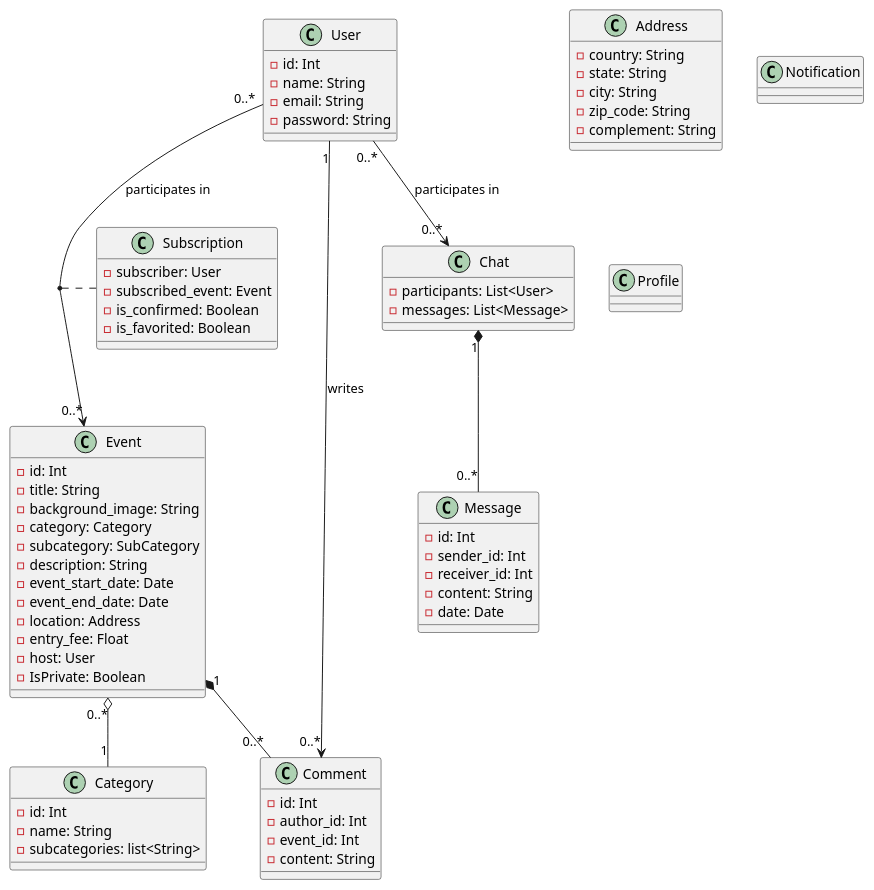
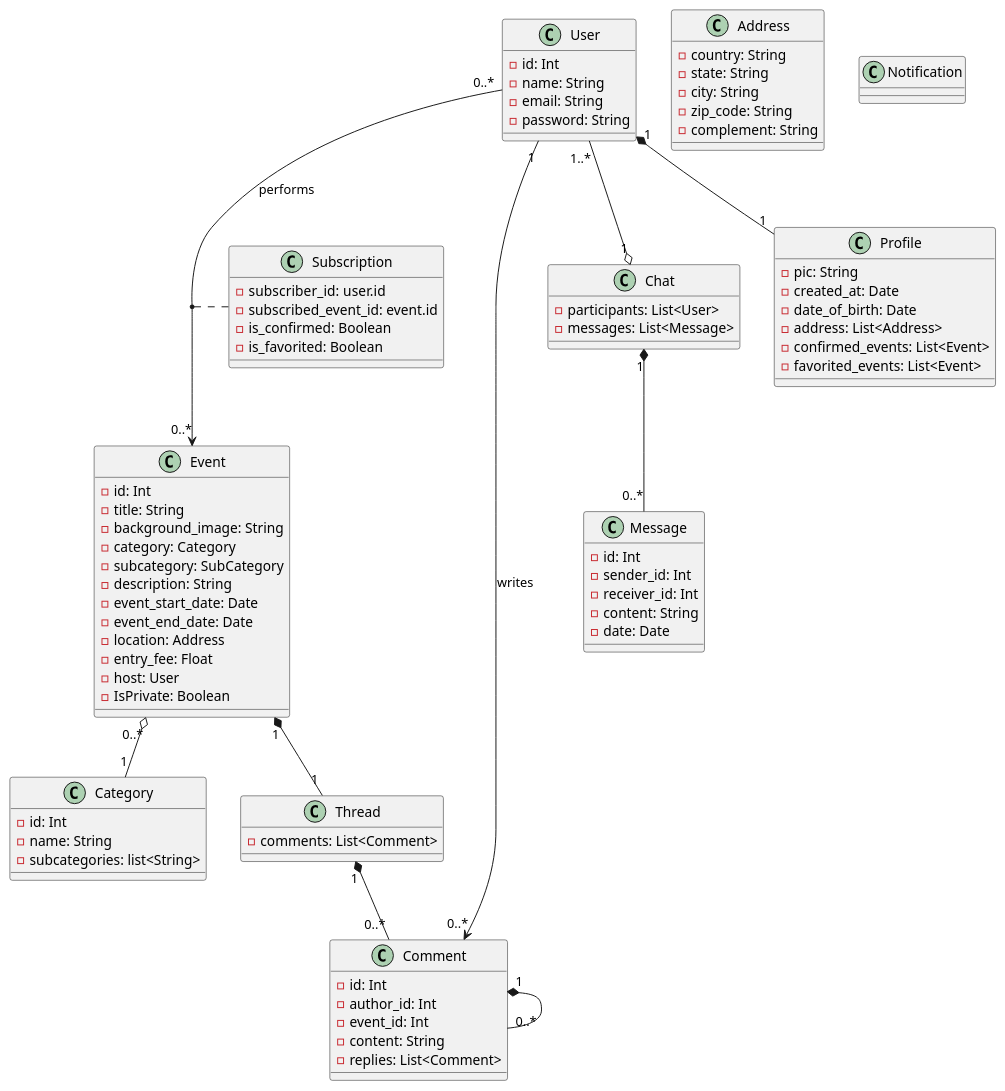
One commit to tiago001pessoa/EventHub-API changed the diagram in class-diagram.puml. Above: the diagram before and after it, drawn with PlantUML. The commit also changed 3 other files, not shown here.

```diff
--- a/class-diagram.puml
+++ b/class-diagram.puml
@@ -1,85 +1,99 @@
 @startuml
 
 class User {
     - id: Int
     - name: String
     - email: String
     - password: String
 }
 
 class Event {
     - id: Int
     - title: String
     - background_image: String
     - category: Category
     - subcategory: SubCategory
     - description: String
     - event_start_date: Date
     - event_end_date: Date
     - location: Address
     - entry_fee: Float
     - host: User
     - IsPrivate: Boolean
 }
 
 class Category {
     -id: Int
     -name: String
     -subcategories: list<String>
 }
 
 
 class Subscription {
-    -subscriber: User
-    -subscribed_event: Event
+    -subscriber_id: user.id
+    -subscribed_event_id: event.id
     -is_confirmed: Boolean
-    -is_favorited: Boolean
+    -is_favorited: Boolean 
 }
 
 class Message {
     -id: Int
     -sender_id: Int
     -receiver_id: Int
     -content: String   
     -date: Date
 }
 
+class Thread {
+    -comments: List<Comment>
+}
+
 class Comment {
     -id: Int
     -author_id: Int
     -event_id: Int
     -content: String
+    -replies: List<Comment>
 }
 
 class Address {
     - country: String
     - state: String
     - city: String
     - zip_code: String
     - complement: String
 }
 
-class Notification {
-
-}
-
-class Profile {
-
-}
-
 class Chat {
     -participants: List<User>
     -messages: List<Message>
 }
 
+class Profile {
+    -pic: String
+    -created_at: Date
+    -date_of_birth: Date
+    -address: List<Address>
+    -confirmed_events: List<Event>
+    -favorited_events: List<Event>
+}
+
+class Notification {
+
+}
 
 
-User "0..*" --> "0..*" Event : "participates in"
+
+User "0..*" --> "0..*" Event : performs
 (User, Event) .. Subscription
-User "0..*" --> "0..*" Chat : "participates in"
+User "1..*" --o "1" Chat
 Chat "1" *-- "0..*" Message
 User "1" --> "0..*" Comment: writes
 Event "0..*" o-- "1" Category
-Event "1"  *-- "0..*" Comment 
+Event "1"  *-- "1" Thread
+Thread "1"  *-- "0..*" Comment
+Comment "1" *-- "0..*" Comment
+User "1" *-- "1" Profile
+
 
 @enduml
```
